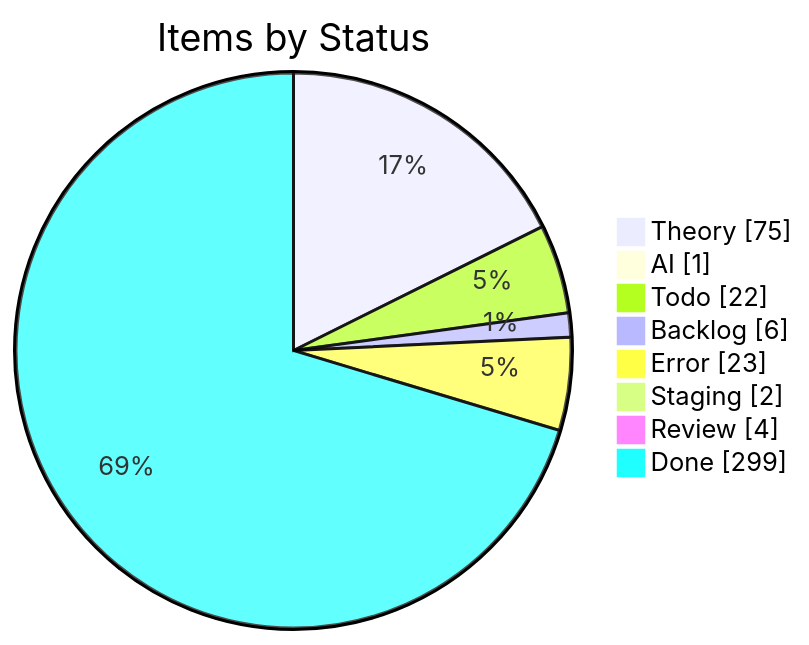
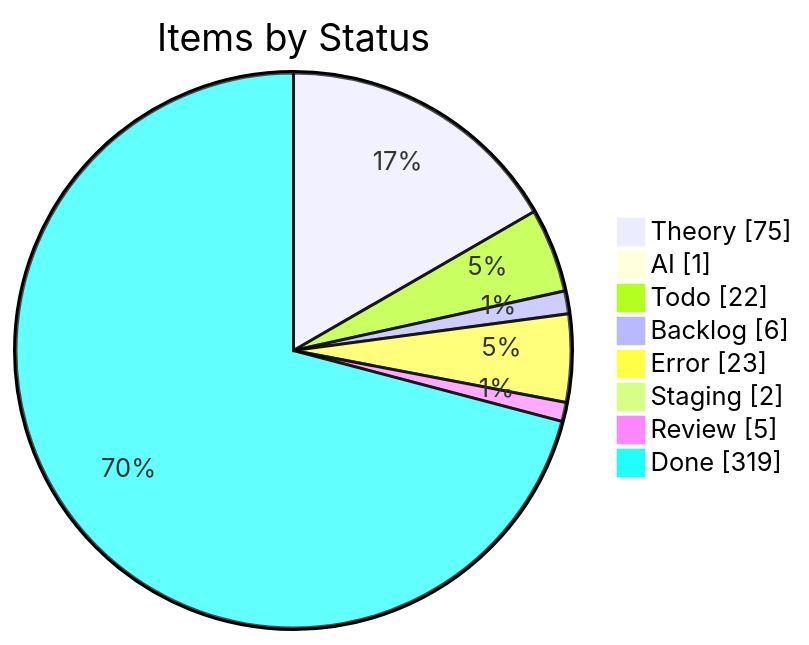
Before and after one commit to KBVE/kbve: the first of 4 diagrams in apps/kbve/astro-kbve/src/content/docs/dashboard/kanban-data.mdx, drawn with Mermaid. The commit also changed other lines of this file and 2 other files, not shown here.

````diff
--- a/apps/kbve/astro-kbve/src/content/docs/dashboard/kanban-data.mdx
+++ b/apps/kbve/astro-kbve/src/content/docs/dashboard/kanban-data.mdx
@@ -189,12 +189,12 @@
 ```mermaid
 pie showData
     title Items by Status
     "Theory" : 75
     "AI" : 1
     "Todo" : 22
     "Backlog" : 6
     "Error" : 23
     "Staging" : 2
-    "Review" : 4
-    "Done" : 299
+    "Review" : 5
+    "Done" : 319
 ```
````
